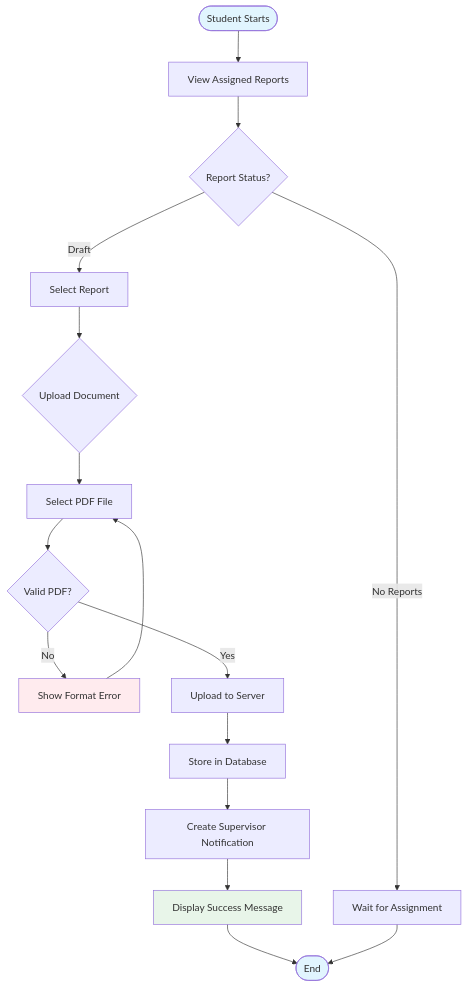
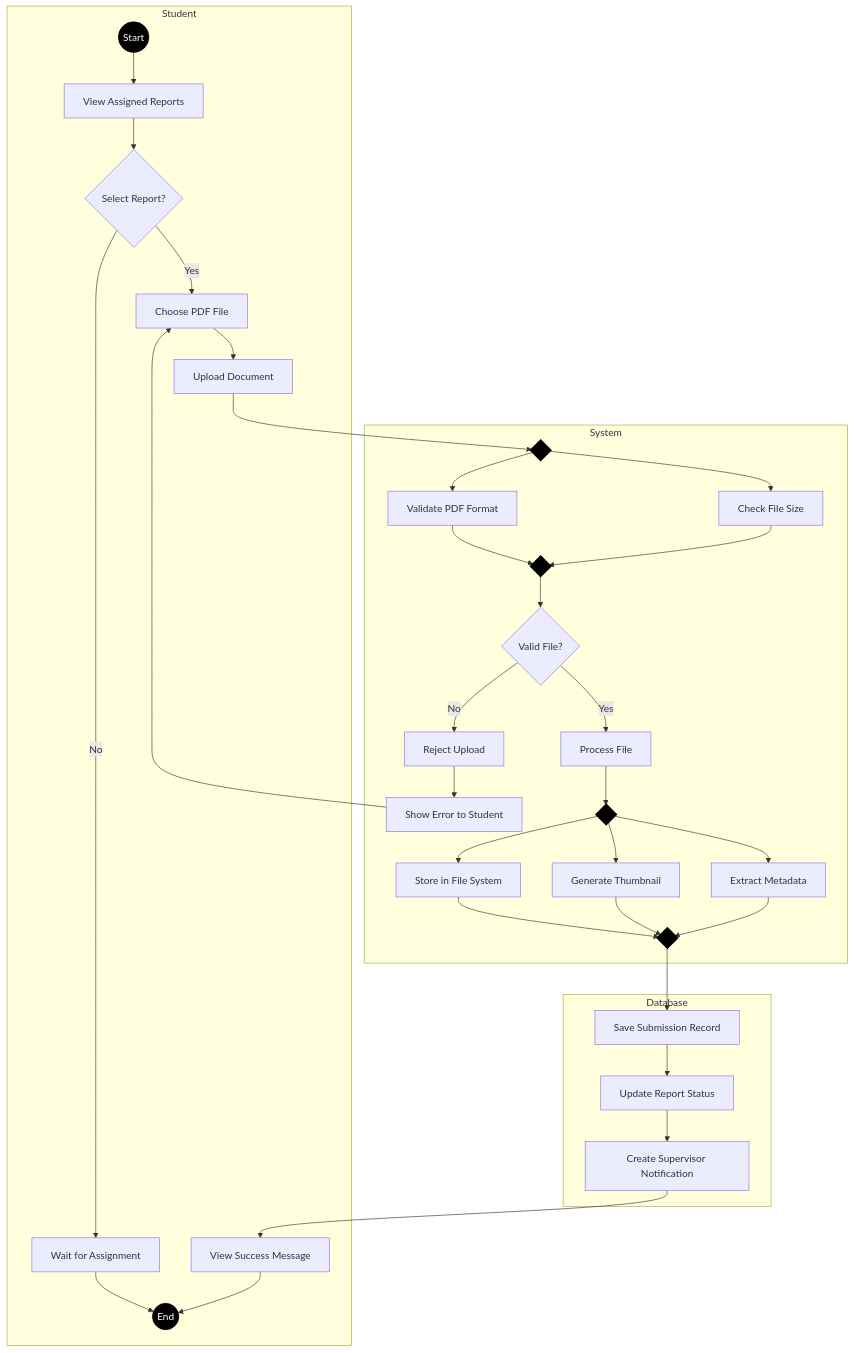
Before and after one commit to abdullah2323442/thesisrepo-backup: the second of 6 diagrams in activity.md, drawn with Mermaid. The commit also changed other lines of this file and 1 other file, not shown here.

First line of the commit message:
Add activity viewer page with Mermaid diagrams for thesis repository management system

````diff
--- a/activity.md
+++ b/activity.md
@@ -53,29 +70,54 @@
 ```mermaid
-graph TD
-    Start([Student Starts]) --> ViewReports[View Assigned Reports]
-    ViewReports --> CheckStatus{Report Status?}
+graph TB
+    subgraph "Student"
+        Start2((Start))
+        Start2 --> ViewReports[View Assigned Reports]
+        ViewReports --> SelectReport{Select Report?}
+        SelectReport -->|No| Wait[Wait for Assignment]
+        Wait --> End2((End))
+        SelectReport -->|Yes| ChooseFile[Choose PDF File]
+        ChooseFile --> Upload[Upload Document]
+    end
     
-    CheckStatus -->|Draft| SelectReport[Select Report]
-    CheckStatus -->|No Reports| Wait[Wait for Assignment]
+    subgraph "System"
+        Upload --> Fork2{" "}
+        Fork2 --> ValidateFormat[Validate PDF Format]
+        Fork2 --> CheckSize[Check File Size]
+        
+        ValidateFormat --> ValidationJoin{" "}
+        CheckSize --> ValidationJoin
+        
+        ValidationJoin --> IsValid{Valid File?}
+        IsValid -->|No| RejectFile[Reject Upload]
+        RejectFile --> ShowFileError[Show Error to Student]
+        ShowFileError --> ChooseFile
+        
+        IsValid -->|Yes| ProcessFile[Process File]
+        ProcessFile --> Fork3{" "}
+        Fork3 --> StoreFile[Store in File System]
+        Fork3 --> GenerateThumb[Generate Thumbnail]
+        Fork3 --> ExtractMeta[Extract Metadata]
+        
+        StoreFile --> Join3{" "}
+        GenerateThumb --> Join3
+        ExtractMeta --> Join3
+    end
     
-    SelectReport --> UploadOption{Upload Document}
-    UploadOption --> SelectFile[Select PDF File]
+    subgraph "Database"
+        Join3 --> SaveRecord[Save Submission Record]
+        SaveRecord --> UpdateStatus[Update Report Status]
+        UpdateStatus --> CreateNotif[Create Supervisor Notification]
+    end
     
-    SelectFile --> ValidateFile{Valid PDF?}
-    ValidateFile -->|No| ShowFileError[Show Format Error]
-    ValidateFile -->|Yes| UploadFile[Upload to Server]
+    subgraph "Student"
+        CreateNotif --> ShowSuccess[View Success Message]
+        ShowSuccess --> End2
+    end
     
-    ShowFileError --> SelectFile
-    
-    UploadFile --> StoreFile[Store in Database]
-    StoreFile --> NotifySupervisor[Create Supervisor Notification]
-    NotifySupervisor --> ShowSuccess[Display Success Message]
-    
-    ShowSuccess --> End([End])
-    Wait --> End
-    
-    style Start fill:#e1f5fe
-    style End fill:#e1f5fe
-    style ShowFileError fill:#ffebee
-    style ShowSuccess fill:#e8f5e9
+    style Start2 fill:#000,stroke:#000,color:#fff
+    style End2 fill:#000,stroke:#000,color:#fff
+    style Fork2 fill:#000,stroke:#000,stroke-width:4px
+    style ValidationJoin fill:#000,stroke:#000,stroke-width:4px
+    style Fork3 fill:#000,stroke:#000,stroke-width:4px
+    style Join3 fill:#000,stroke:#000,stroke-width:4px
 ```
````
